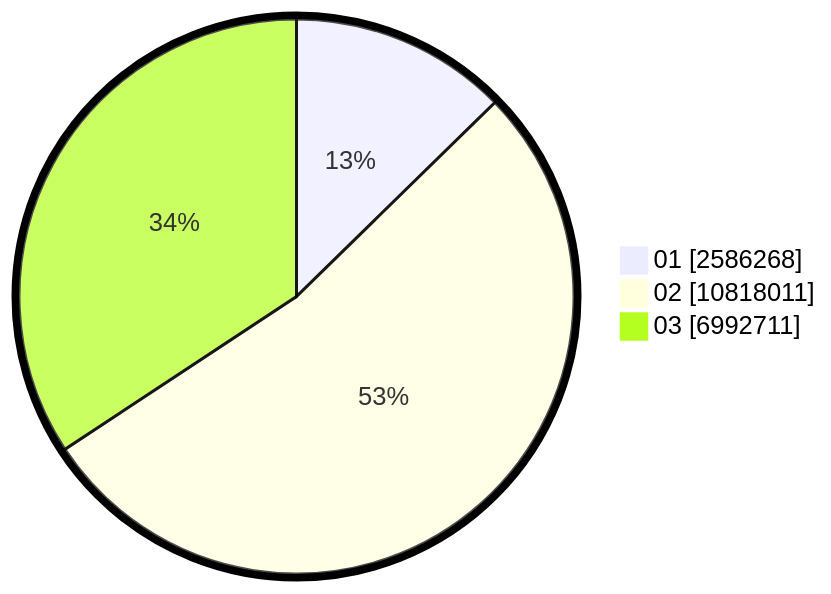
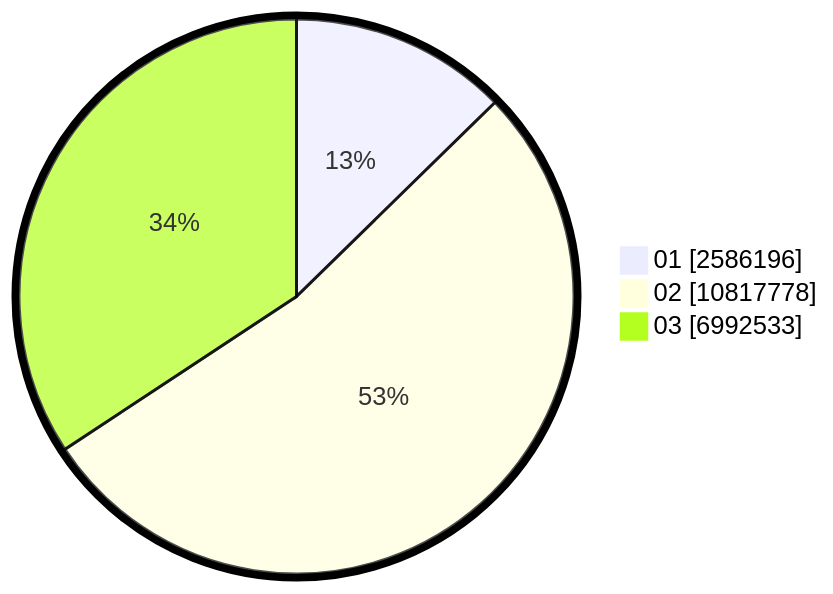
One commit to gigit-pemilu/pemilu-2024 changed the second of 2 diagrams in pilpres/hitung-suara/sub/table-wilayah-33.md. Above: the diagram before and after it, drawn with Mermaid. The commit also changed other lines of this file and 6 other files, not shown here.

````diff
--- a/pilpres/hitung-suara/sub/table-wilayah-33.md
+++ b/pilpres/hitung-suara/sub/table-wilayah-33.md
@@ -15,7 +15,7 @@
 ```mermaid
 %%{init: {"pie": {"textPosition": 0.5}, "themeVariables": {"pieOuterStrokeWidth": "5px"}} }%%
 pie showData
-    "01" : 2586268
-    "02" : 10818011
-    "03" : 6992711
+    "01" : 2586196
+    "02" : 10817778
+    "03" : 6992533
 ```
````
